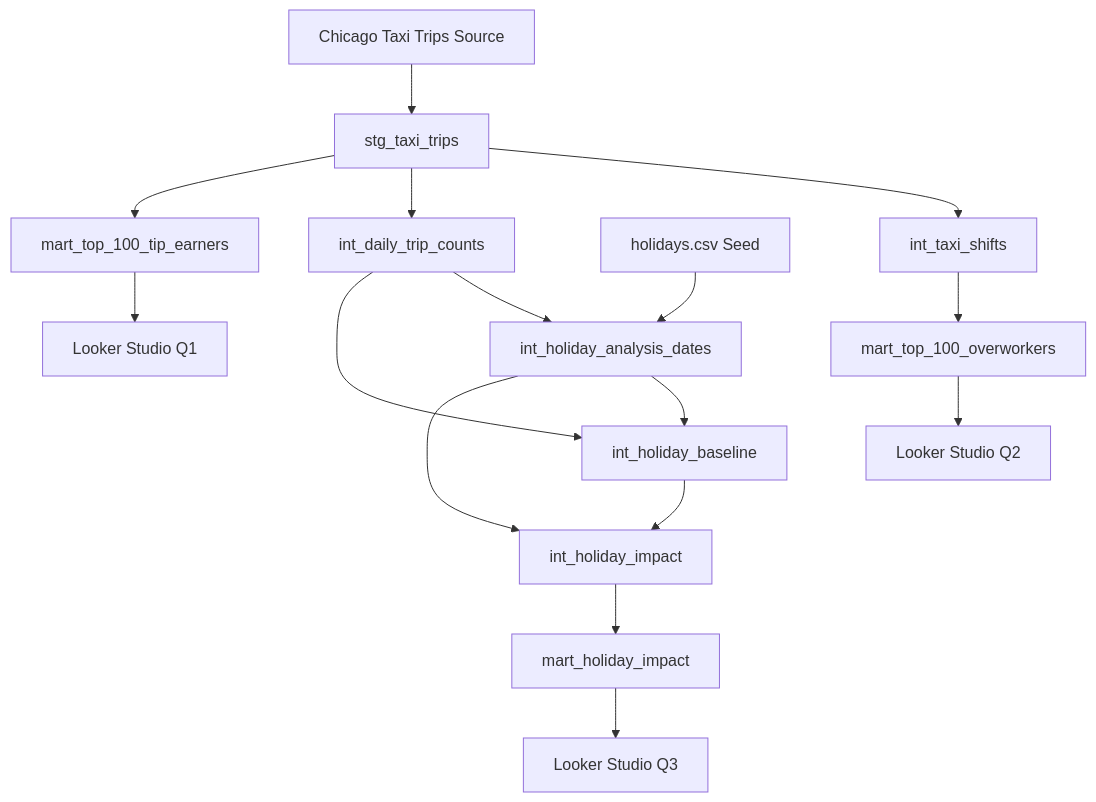
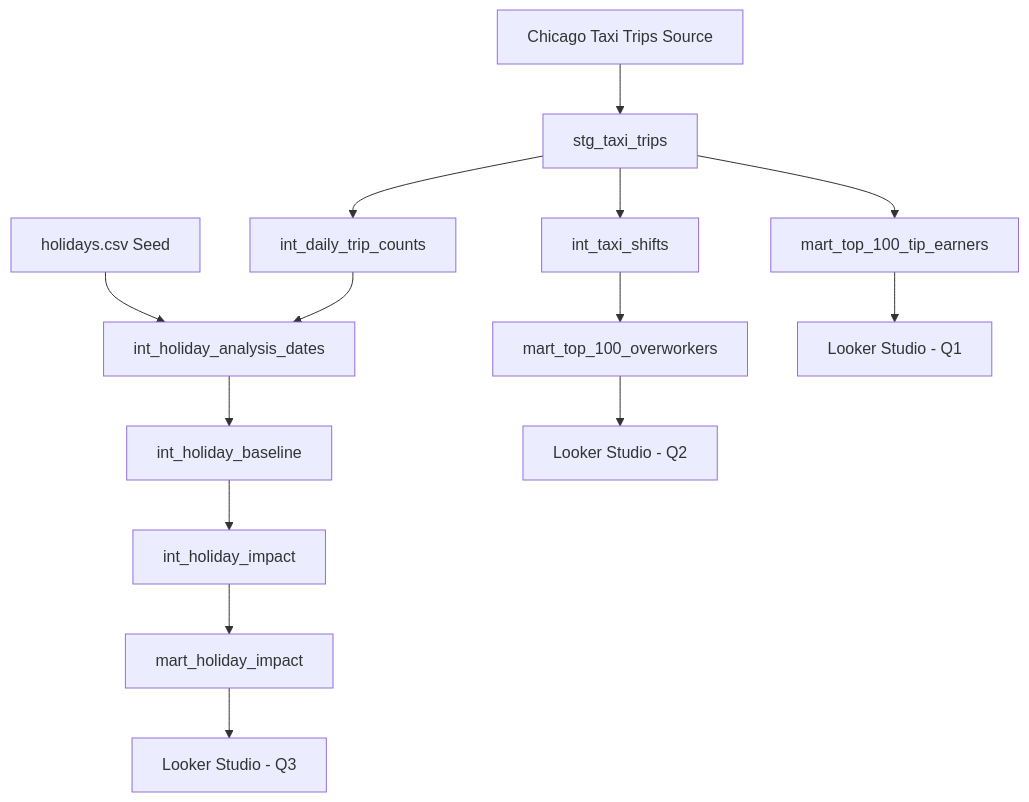
One commit to umarfaridjalaluddin-coder/chicago-taxi-analytics changed the diagram in README.md. Above: the diagram before and after it, drawn with Mermaid. The commit also changed other lines of this file, not shown here.

````diff
--- a/README.md
+++ b/README.md
@@ -80,24 +125,22 @@
 ```mermaid
 flowchart TD
 
     A[Chicago Taxi Trips Source] --> B[stg_taxi_trips]
 
     B --> C[int_taxi_shifts]
     B --> D[int_daily_trip_counts]
 
     H[holidays.csv Seed] --> E[int_holiday_analysis_dates]
 
     D --> E
-    D --> F[int_holiday_baseline]
-    E --> F
-    E --> G[int_holiday_impact]
-    F --> G
+    E --> F[int_holiday_baseline]
+    F --> G[int_holiday_impact]
 
     B --> M1[mart_top_100_tip_earners]
     C --> M2[mart_top_100_overworkers]
     G --> M3[mart_holiday_impact]
 
-    M1 --> L1[Looker Studio Q1]
-    M2 --> L2[Looker Studio Q2]
-    M3 --> L3[Looker Studio Q3]
+    M1 --> L1[Looker Studio - Q1]
+    M2 --> L2[Looker Studio - Q2]
+    M3 --> L3[Looker Studio - Q3]
 ```
````
